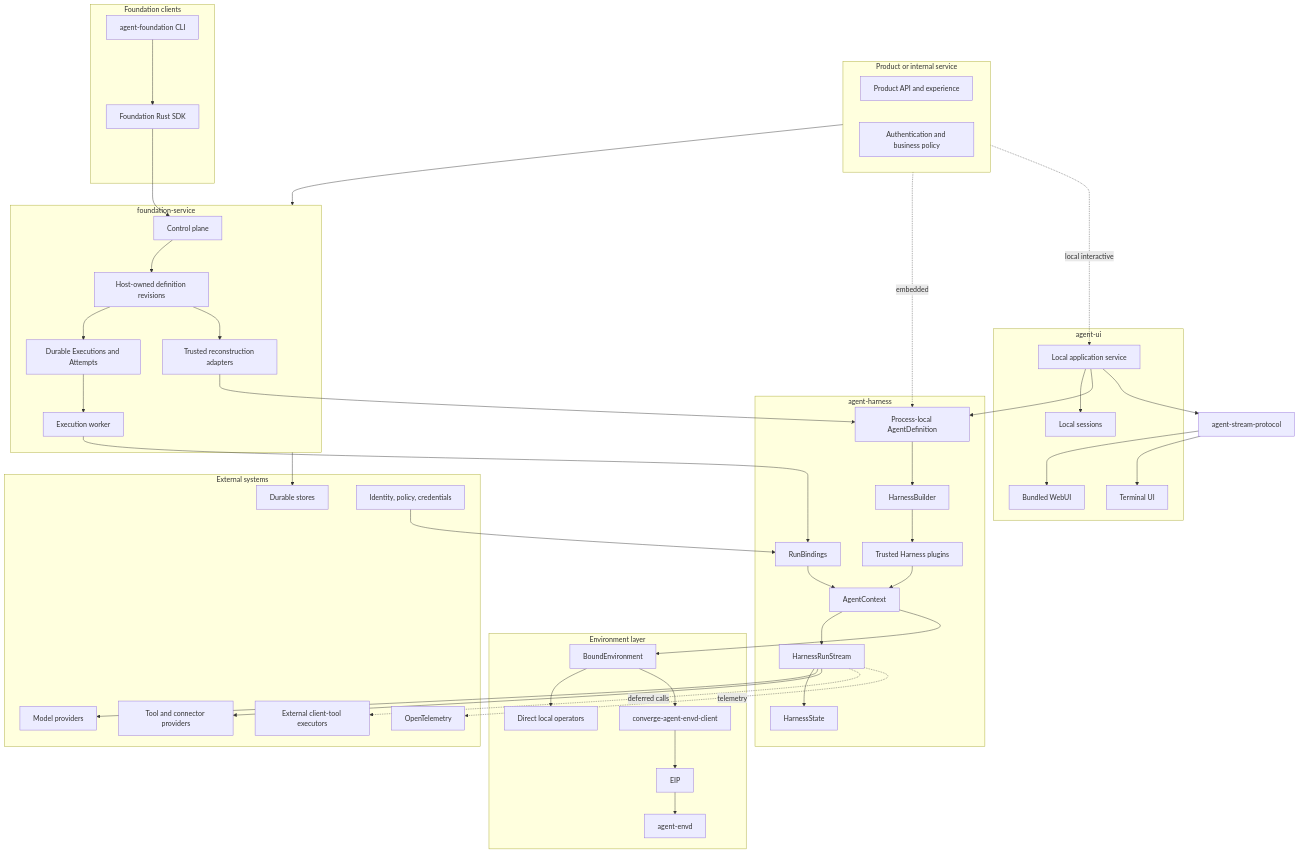
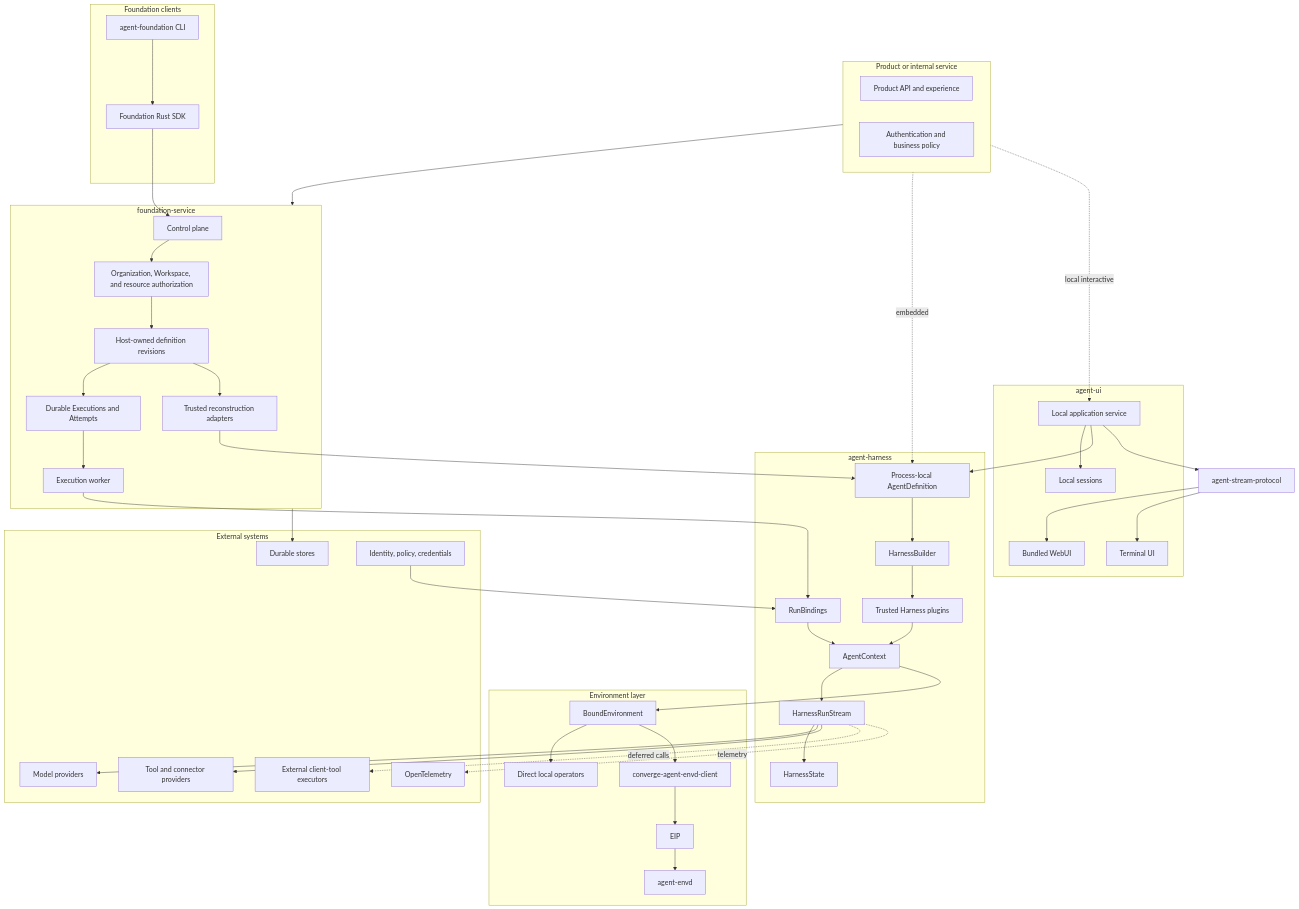
Before and after one commit to converge-ai-labs/agent-foundation: the first of 4 diagrams in spec/README.md, drawn with Mermaid. The commit also changed other lines of this file and 9 other files, not shown here.

Commit message:
docs(spec): define foundation service architecture

````diff
--- a/spec/README.md
+++ b/spec/README.md
@@ -22,77 +22,79 @@
 ```mermaid
 flowchart TB
     subgraph Product[Product or internal service]
         API[Product API and experience]
         Policy[Authentication and business policy]
     end
 
     subgraph Service[foundation-service]
         Control[Control plane]
+        ResourceIAM[Organization, Workspace, and resource authorization]
         Definitions[Host-owned definition revisions]
         Lifecycle[Durable Executions and Attempts]
         Worker[Execution worker]
         Reconstruct[Trusted reconstruction adapters]
     end
 
     subgraph LocalUI[agent-ui]
         AppService[Local application service]
         Sessions[Local sessions]
         WebUI[Bundled WebUI]
         TUI[Terminal UI]
     end
 
     subgraph FoundationClients[Foundation clients]
         FoundationCLI[agent-foundation CLI]
         RustSDK[Foundation Rust SDK]
     end
 
     subgraph Harness[agent-harness]
         Definition[Process-local AgentDefinition]
         Builder[HarnessBuilder]
         Plugins[Trusted Harness plugins]
         Bindings[RunBindings]
         Context[AgentContext]
         Run[HarnessRunStream]
         State[HarnessState]
     end
 
     StreamProtocol[agent-stream-protocol]
 
     subgraph Environment[Environment layer]
         Bound[BoundEnvironment]
         Local[Direct local operators]
         EIPClient[converge-agent-envd-client]
         EIP[EIP]
         Envd[agent-envd]
     end
 
     subgraph External[External systems]
         Models[Model providers]
         Tools[Tool and connector providers]
         Stores[Durable stores]
         Identity[Identity, policy, credentials]
         Clients[External client-tool executors]
         OTel[OpenTelemetry]
     end
 
     Product --> Service
     FoundationCLI --> RustSDK --> Control
     Product -. embedded .-> Definition
     Product -. local interactive .-> AppService
     AppService --> Sessions
     AppService --> Definition
     AppService --> StreamProtocol --> WebUI & TUI
-    Control --> Definitions --> Lifecycle --> Worker
+    Control --> ResourceIAM
+    ResourceIAM --> Definitions --> Lifecycle --> Worker
     Definitions --> Reconstruct --> Definition
     Definition --> Builder --> Plugins
     Worker --> Bindings
     Identity --> Bindings
     Plugins & Bindings --> Context --> Run --> State
     Run --> Models & Tools
     Run -. deferred calls .-> Clients
     Context --> Bound
     Bound --> Local
     Bound --> EIPClient --> EIP --> Envd
     Service --> Stores
     Run -. telemetry .-> OTel
 ```
````
